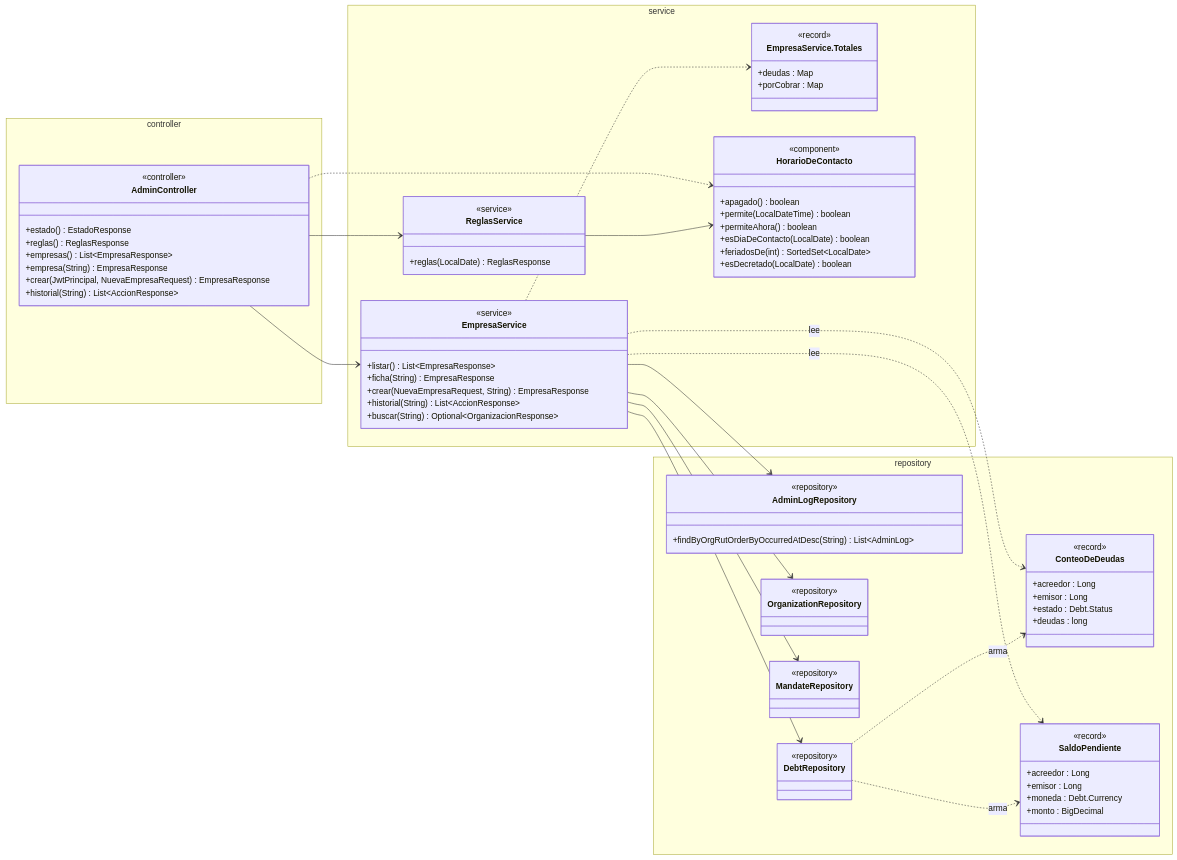
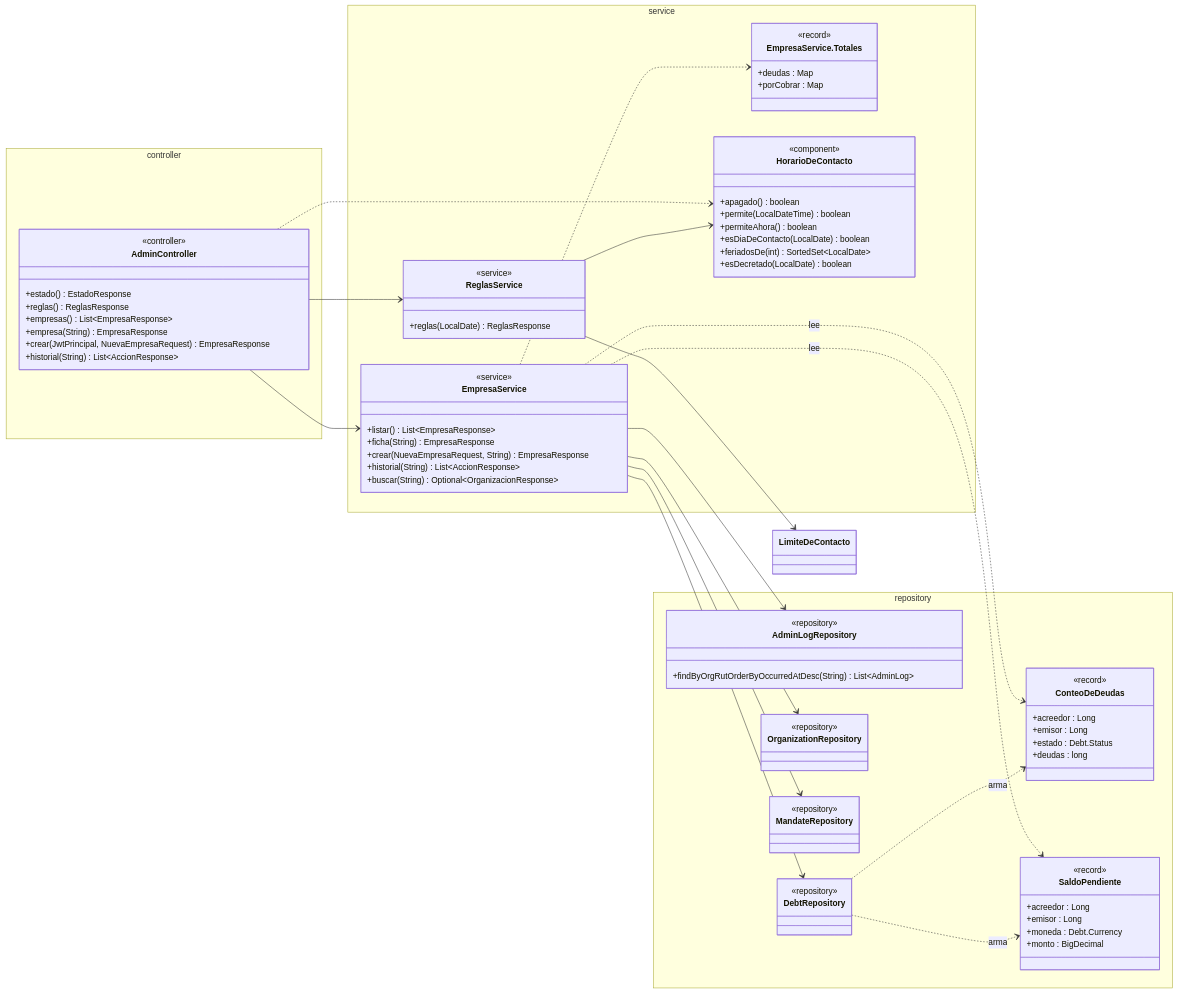
One commit to TechnicalBridge/DataBridge changed the ninth of 17 diagrams in docs/diagramas/clases.md. Above: the diagram before and after it, drawn with Mermaid. The commit also changed other lines of this file and 9 other files, not shown here.

```diff
--- a/docs/diagramas/clases.md
+++ b/docs/diagramas/clases.md
@@ -1805,6 +1806,7 @@
     EmpresaService --> DebtRepository
     EmpresaService --> AdminLogRepository
     ReglasService --> HorarioDeContacto
+    ReglasService --> LimiteDeContacto
     EmpresaService ..> ConteoDeDeudas : lee
     EmpresaService ..> SaldoPendiente : lee
     DebtRepository ..> ConteoDeDeudas : arma
```
